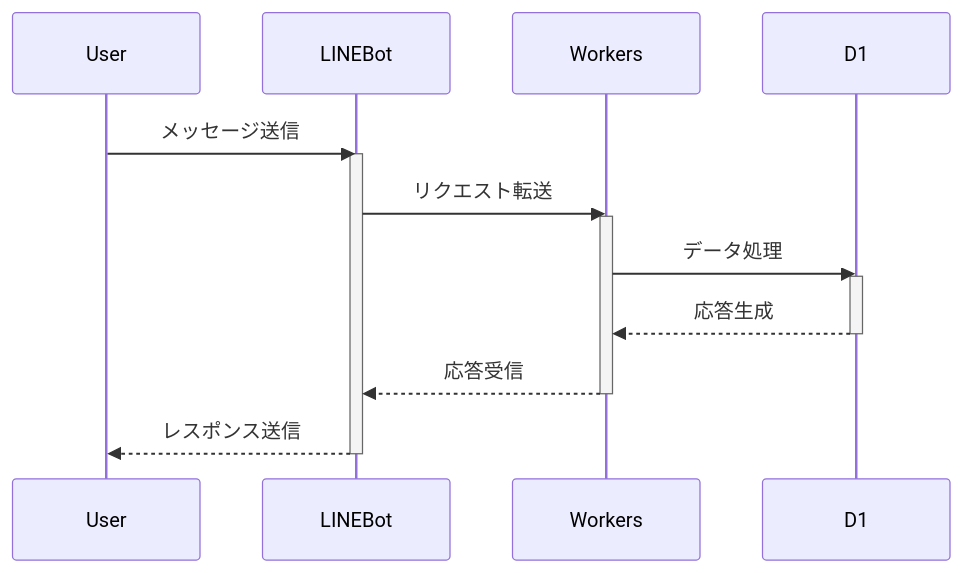
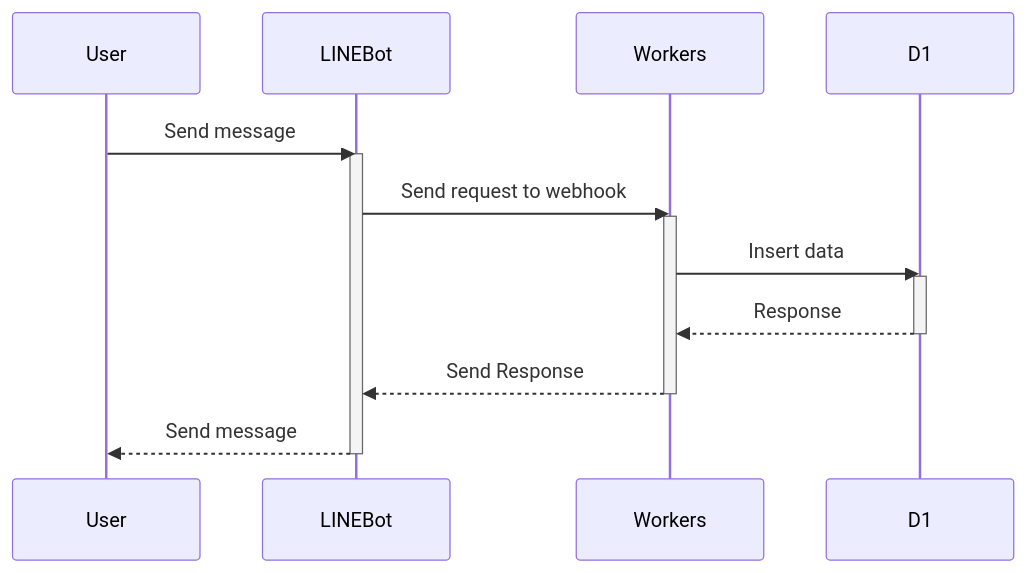
One commit to tsuna-can/blood-pressure-recorder-bot changed the first of 2 diagrams in README.md. Above: the diagram before and after it, drawn with Mermaid. The commit also changed other lines of this file, not shown here.

````diff
--- a/README.md
+++ b/README.md
@@ -7,20 +7,20 @@
 ```mermaid
 sequenceDiagram
     participant User
     participant LINEBot
     participant Workers
     participant D1
 
-    User ->> LINEBot: メッセージ送信
+    User ->> LINEBot: Send message
     activate LINEBot
-    LINEBot ->> Workers: リクエスト転送
+    LINEBot ->> Workers: Send request to webhook
     activate Workers
-    Workers ->> D1: データ処理
+    Workers ->> D1: Insert data
     activate D1
-    D1 -->> Workers: 応答生成
+    D1 -->> Workers: Response
     deactivate D1
-    Workers -->> LINEBot: 応答受信
+    Workers -->> LINEBot: Send Response
     deactivate Workers
-    LINEBot -->> User: レスポンス送信
+    LINEBot -->> User: Send message
     deactivate LINEBot
 ```
````
